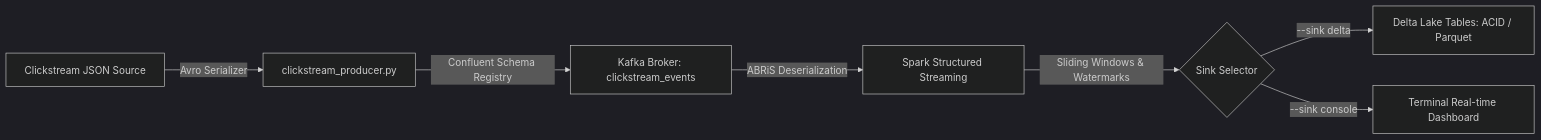
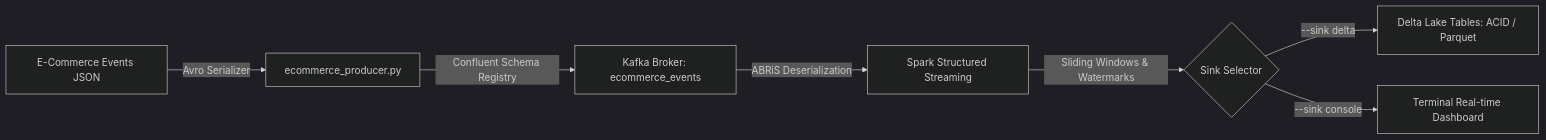
The diagram in projects/realtime/ecommerce/streaming_layer/README.md (JayKay24/data-engineering), drawn with Mermaid (dark theme) before and after one commit. The commit also changed other lines of this file and 1 other file, not shown here.

First line of the commit message:
docs(ecommerce): refine architecture diagrams, relative paths, and metric documentation

````diff
--- a/projects/realtime/ecommerce/streaming_layer/README.md
+++ b/projects/realtime/ecommerce/streaming_layer/README.md
@@ -7,9 +7,9 @@
 ```mermaid
 flowchart LR
-    A[Clickstream JSON Source] -->|Avro Serializer| B[clickstream_producer.py]
-    B -->|Confluent Schema Registry| C[Kafka Broker: clickstream_events]
+    A[E-Commerce Events JSON] -->|Avro Serializer| B[ecommerce_producer.py]
+    B -->|Confluent Schema Registry| C[Kafka Broker: ecommerce_events]
     C -->|ABRiS Deserialization| D[Spark Structured Streaming]
     D -->|Sliding Windows & Watermarks| E{Sink Selector}
     E -->|--sink delta| F[Delta Lake Tables: ACID / Parquet]
     E -->|--sink console| G[Terminal Real-time Dashboard]
 ```
````
